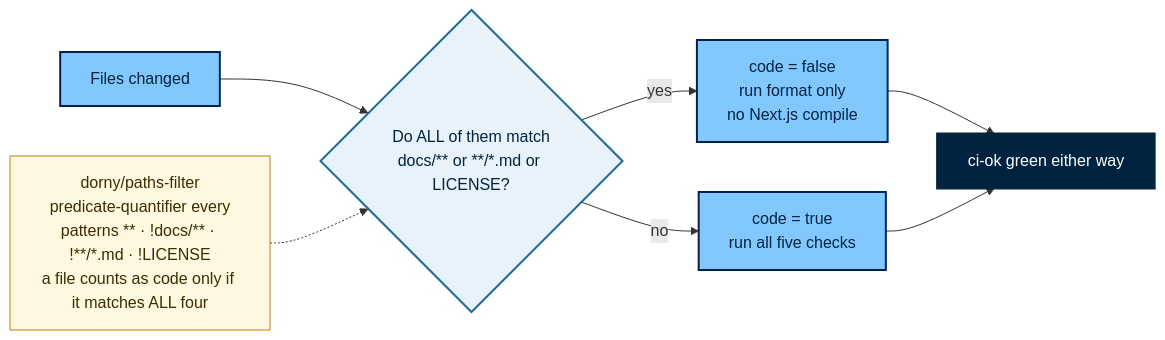
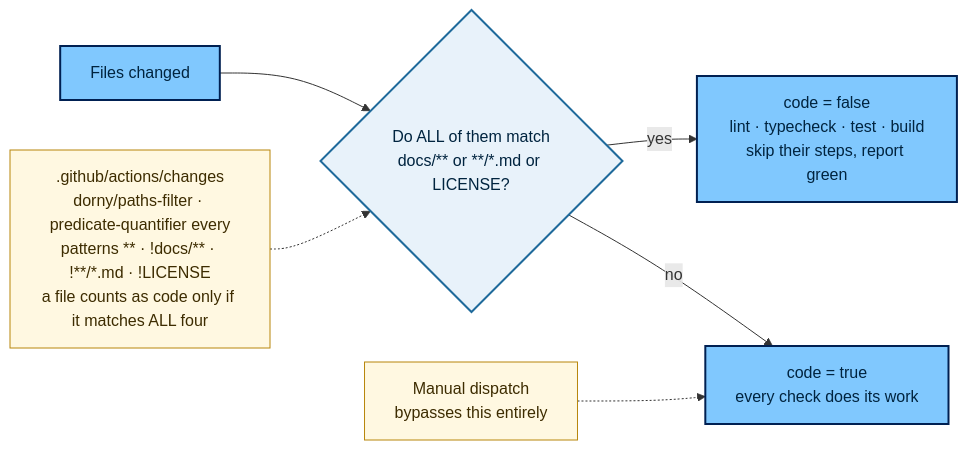
Before and after one commit to acmpsu/acm-website: the fifth of 11 diagrams in docs/ci-map.md, drawn with Mermaid. The commit also changed other lines of this file and 2 other files, not shown here.

````diff
--- a/docs/ci-map.md
+++ b/docs/ci-map.md
@@ -192,19 +166,15 @@
 ```mermaid
 flowchart LR
     F["Files changed"] --> D{"Do ALL of them match<br/>docs/** or **/*.md or LICENSE?"}
-    D -->|"yes"| SKIP["code = false<br/>run format only<br/>no Next.js compile"]
-    D -->|"no"| RUN["code = true<br/>run all five checks"]
-    SKIP --> OK["ci-ok green either way"]
-    RUN --> OK
-    M["dorny/paths-filter<br/>predicate-quantifier every<br/>patterns ** · !docs/** · !**/*.md · !LICENSE<br/>a file counts as code only if it matches ALL four"] -.-> D
+    D -->|"yes"| SKIP["code = false<br/>lint · typecheck · test · build<br/>skip their steps, report green"]
+    D -->|"no"| RUN["code = true<br/>every check does its work"]
+    M[".github/actions/changes<br/>dorny/paths-filter · predicate-quantifier every<br/>patterns ** · !docs/** · !**/*.md · !LICENSE<br/>a file counts as code only if it matches ALL four"] -.-> D
+    MD["Manual dispatch<br/>bypasses this entirely"] -.-> RUN
 
     classDef dec fill:#e8f2fa,stroke:#1f6a9b,stroke-width:2px,color:#00243f
     classDef path fill:#80c8fe,stroke:#002052,stroke-width:2px,color:#00243f
-    classDef gate fill:#00243f,stroke:#00243f,stroke-width:3px,color:#ffffff
     classDef note fill:#fff8e1,stroke:#b8860b,stroke-width:1px,color:#3d2c00
     class D dec
-    class SKIP,RUN path
-    class OK gate
-    class F path
-    class M note
+    class SKIP,RUN,F path
+    class M,MD note
 ```
````
